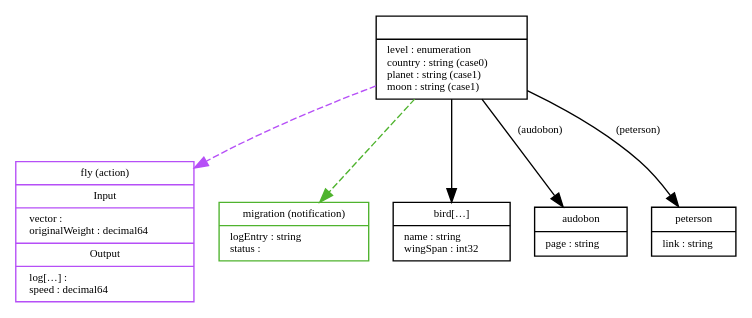
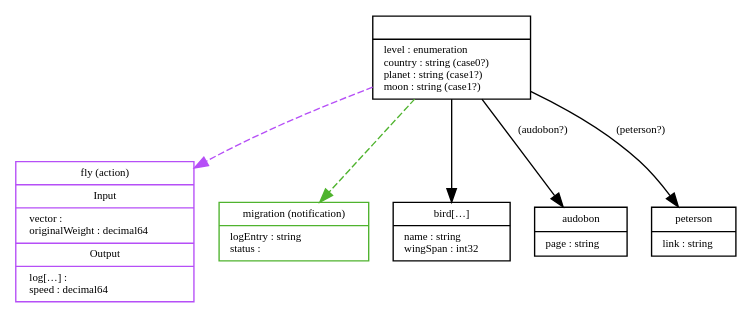
The diagram in meta/render/gold/doc-example.dot (freeconf/yang), drawn with Graphviz before and after one commit. The commit also changed 6 other files, not shown here.

```diff
--- a/meta/render/gold/doc-example.dot
+++ b/meta/render/gold/doc-example.dot
@@ -1,103 +1,103 @@
 digraph G {
         fontname = "Bitstream Vera Sans"
         fontsize = 8
 
         node [
                 fontname = "Bitstream Vera Sans"
                 fontsize = 8
                 shape = "record"
         ]
 
         edge [
                 fontname = "Bitstream Vera Sans"
                 fontsize = 8
         ]
 
 
        doc_example [
-         label = "{|level : enumeration\lcountry : string (case0)\lplanet : string (case1)\lmoon : string (case1)\l}"
+         label = "{|level : enumeration\lcountry : string (case0?)\lplanet : string (case1?)\lmoon : string (case1?)\l}"
        ]
 
 
 
        doc_example_fly [
          label = "{fly (action)|Input|&#32;&#32;vector : \l&#32;&#32;originalWeight : decimal64\l|Output|&#32;&#32;log[…] : \l&#32;&#32;speed : decimal64\l}"
          color = "#b64ff7"
        ]
        doc_example -> doc_example_fly [
          style = "dashed"
          color = "#b64ff7"
        ]
 
 
 
        doc_example_migration [
          label = "{migration (notification)|logEntry : string\lstatus : \l}"
          color = "#4fb32e"
        ]
        doc_example -> doc_example_migration [
          style = "dashed"
          color = "#4fb32e"
        ]
 
 
 
        doc_example_bird [
          label = "{bird[…]|name : string\lwingSpan : int32\l}"
        ]
 
 
 
 
 
 
 
        doc_example_audobon [
          label = "{audobon|page : string\l}"
        ]
 
 
 
 
 
 
 
        doc_example_peterson [
          label = "{peterson|link : string\l}"
        ]
 
 
 
 
 
 
 
 
 
   
     doc_example -> doc_example_bird [
          label=""
        ]
     
     
     
     
     doc_example -> doc_example_audobon [
-         label=" (audobon)"
+         label=" (audobon?)"
        ]
     doc_example -> doc_example_peterson [
-         label=" (peterson)"
+         label=" (peterson?)"
        ]
 
   
     
     
 
   
     
 
   
     
 
 
 }
```
